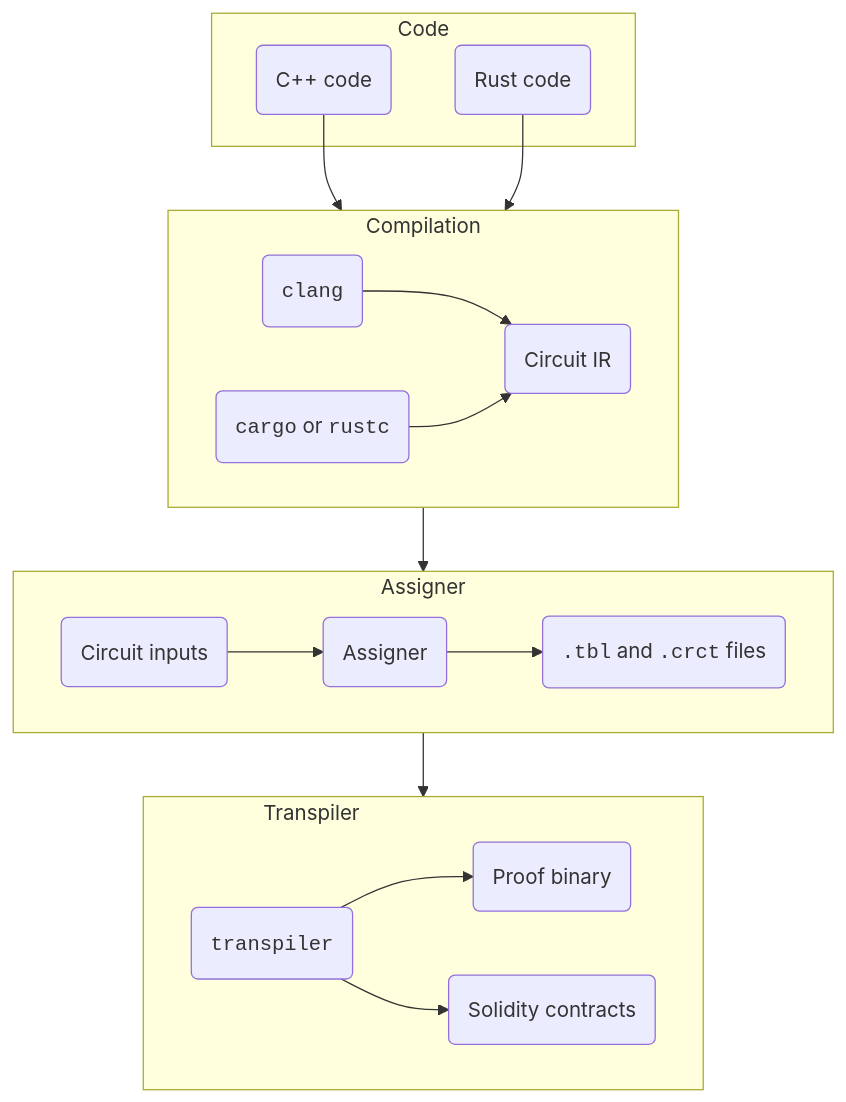
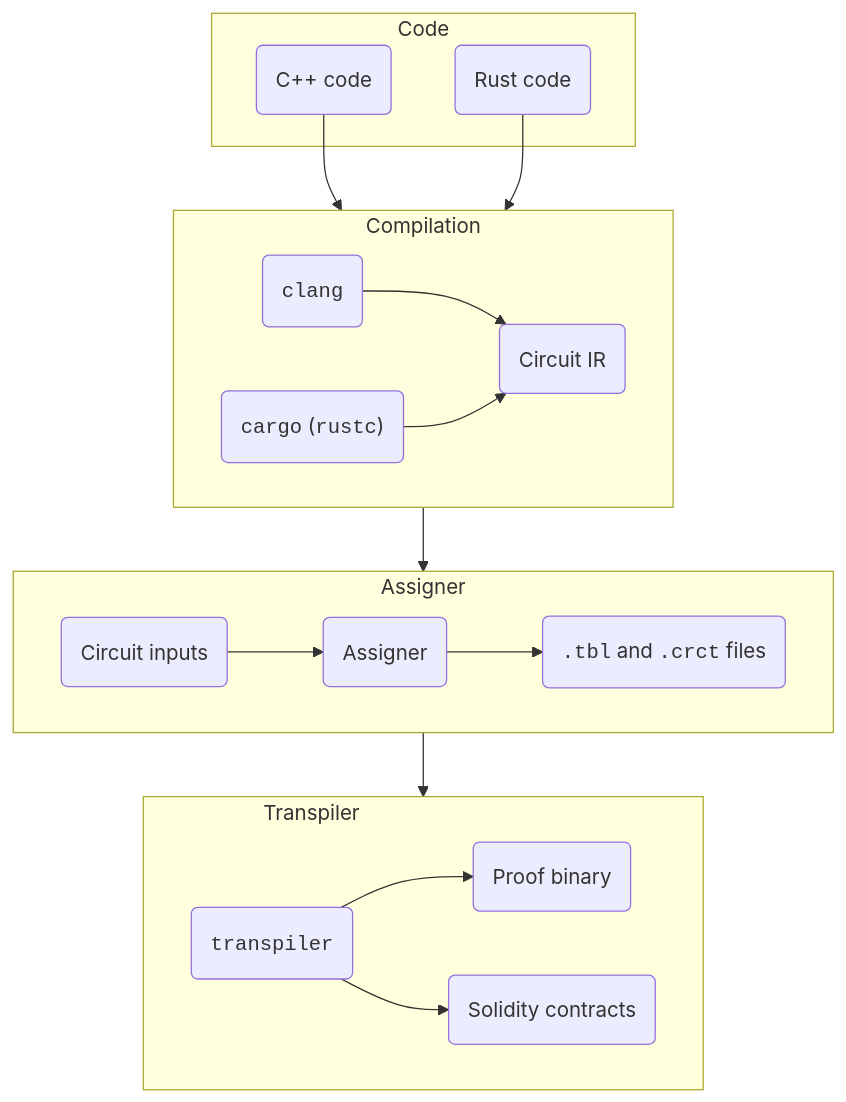
The diagram in nil-docs/zkllvm/getting-started/compiling-a-circuit.mdx (NilFoundation/docs.nil.foundation), drawn with Mermaid before and after one commit. The commit also changed other lines of this file and 7 other files, not shown here.

````diff
--- a/nil-docs/zkllvm/getting-started/compiling-a-circuit.mdx
+++ b/nil-docs/zkllvm/getting-started/compiling-a-circuit.mdx
@@ -17,67 +18,67 @@
 ```mermaid
 %%{
   init: {
     'theme': 'base',
     'themeVariables': {
       'primaryColor': '#0f0f0f',
       'primaryTextColor': '#f1f1f1',
       'primaryBorderColor': '#f1f1f1',
       'lineColor': '#87B6FC',
       'secondaryColor': '#f1f1f1',
       'tertiaryColor': '#2f2f2f',
     },
     'flowchart':
     {
         'defaultRenderer': 'elk',
         'curve': 'step'
     }
   }
 }%%
 flowchart TB
     classDef transpilerTitle margin-right: 250px;
     Transpiler:::transpilerTitle
 
     CPP(C++ code)
     RUST(Rust code)
     CLANG(<code>clang</code>)
-    RUSTCOMP(<code>cargo</code> or <code>rustc</code>)
+    RUSTCOMP(<code>cargo</code> #40;<code>rustc</code>#41;)
     IR(Circuit IR)
     INPUTS(Circuit inputs)
     ASSIGNER(Assigner)
     ASSIGNERRESULT(<code>.tbl</code> and <code>.crct</code> files)
     TRANSPILER(<code>transpiler</code>)
     PROOFBIN(Proof binary)
     SOLIDITY(Solidity contracts)
     CPP --> CLANG
     RUST --> RUSTCOMP
     CLANG --> IR
     RUSTCOMP --> IR
     IR --> ASSIGNER
     INPUTS --> ASSIGNER
     ASSIGNER --> ASSIGNERRESULT
     ASSIGNERRESULT --> TRANSPILER
     TRANSPILER --> PROOFBIN
     TRANSPILER --> SOLIDITY
     subgraph Code
     CPP
     RUST
     end
     subgraph Compilation
     direction LR
     CLANG
     RUSTCOMP
     IR
     end
     subgraph Assigner
     direction LR
     INPUTS
     ASSIGNER
     ASSIGNERRESULT
     end
     subgraph Transpiler
     direction LR
     TRANSPILER
     PROOFBIN
     SOLIDITY
     end
 ```
````
